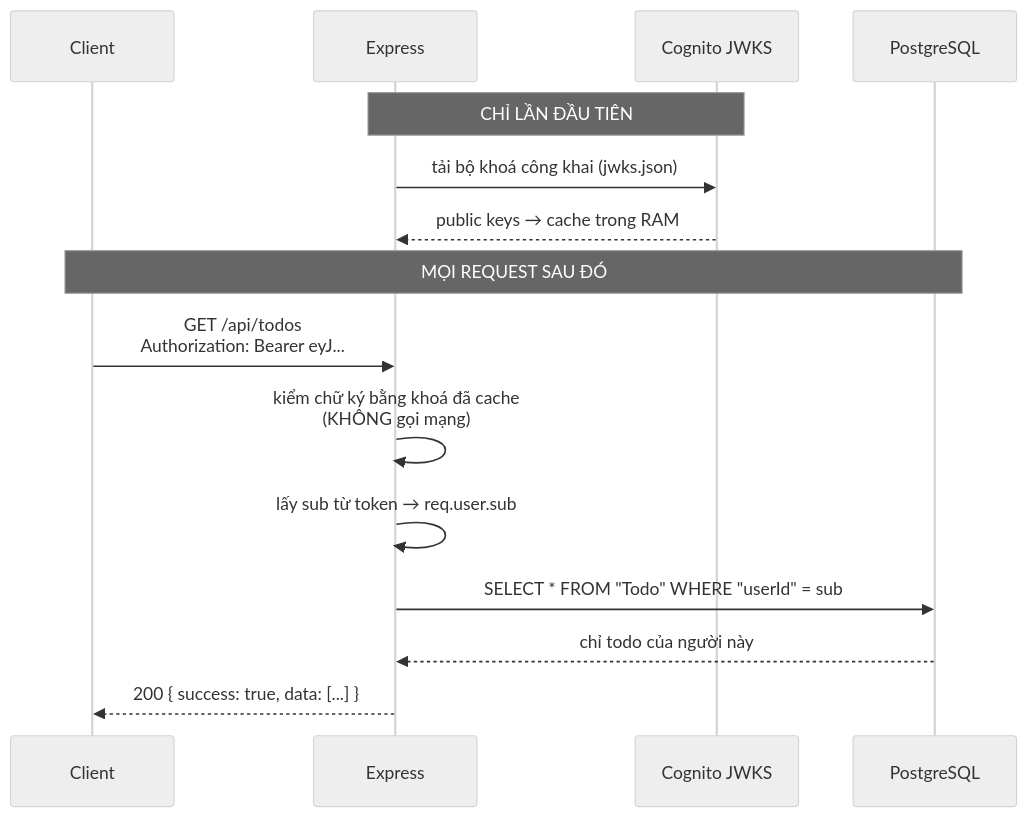
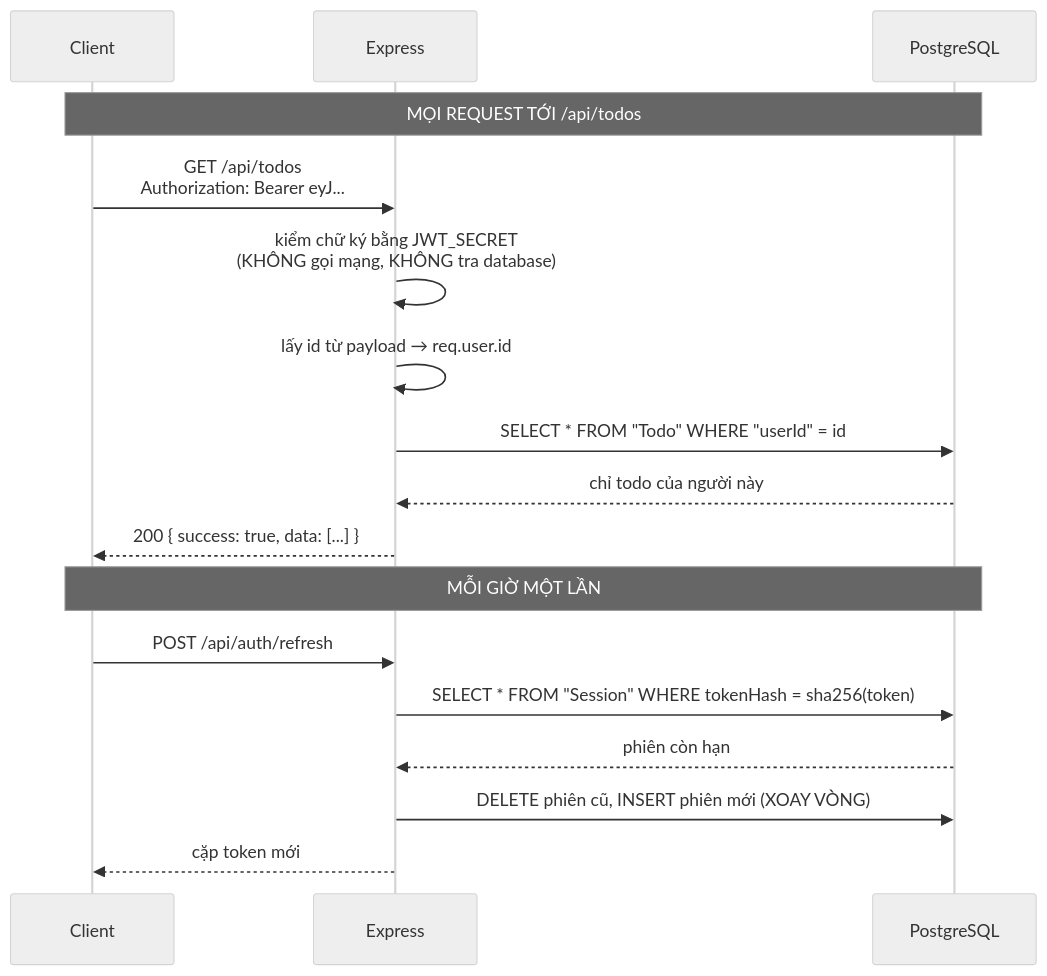
One commit to nguyenbaohua/nextjs-express-demo changed the ninth of 9 diagrams in backend/LEARN.md. Above: the diagram before and after it, drawn with Mermaid (neutral theme). The commit also changed other lines of this file and 99 other files, not shown here.

````diff
--- a/backend/LEARN.md
+++ b/backend/LEARN.md
@@ -298,19 +363,21 @@
 ```mermaid
 sequenceDiagram
     participant C as Client
     participant E as Express
-    participant K as Cognito JWKS
     participant DB as PostgreSQL
 
-    Note over E,K: CHỈ LẦN ĐẦU TIÊN
-    E->>K: tải bộ khoá công khai (jwks.json)
-    K-->>E: public keys → cache trong RAM
-
-    Note over C,DB: MỌI REQUEST SAU ĐÓ
+    Note over C,DB: MỌI REQUEST TỚI /api/todos
     C->>E: GET /api/todos<br/>Authorization: Bearer eyJ...
-    E->>E: kiểm chữ ký bằng khoá đã cache<br/>(KHÔNG gọi mạng)
-    E->>E: lấy sub từ token → req.user.sub
-    E->>DB: SELECT * FROM "Todo" WHERE "userId" = sub
+    E->>E: kiểm chữ ký bằng JWT_SECRET<br/>(KHÔNG gọi mạng, KHÔNG tra database)
+    E->>E: lấy id từ payload → req.user.id
+    E->>DB: SELECT * FROM "Todo" WHERE "userId" = id
     DB-->>E: chỉ todo của người này
     E-->>C: 200 { success: true, data: [...] }
+
+    Note over C,DB: MỖI GIỜ MỘT LẦN
+    C->>E: POST /api/auth/refresh
+    E->>DB: SELECT * FROM "Session" WHERE tokenHash = sha256(token)
+    DB-->>E: phiên còn hạn
+    E->>DB: DELETE phiên cũ, INSERT phiên mới (XOAY VÒNG)
+    E-->>C: cặp token mới
 ```
````
